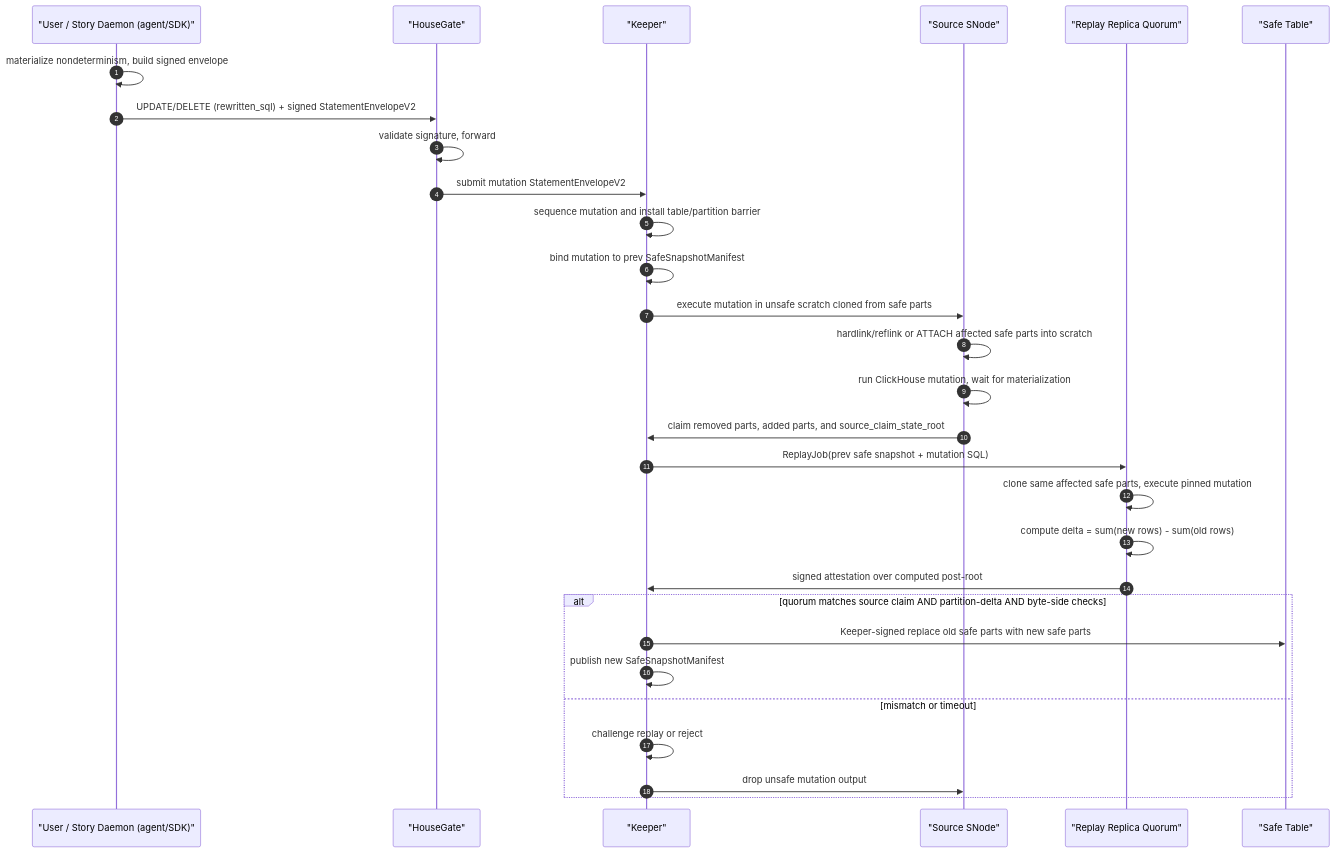
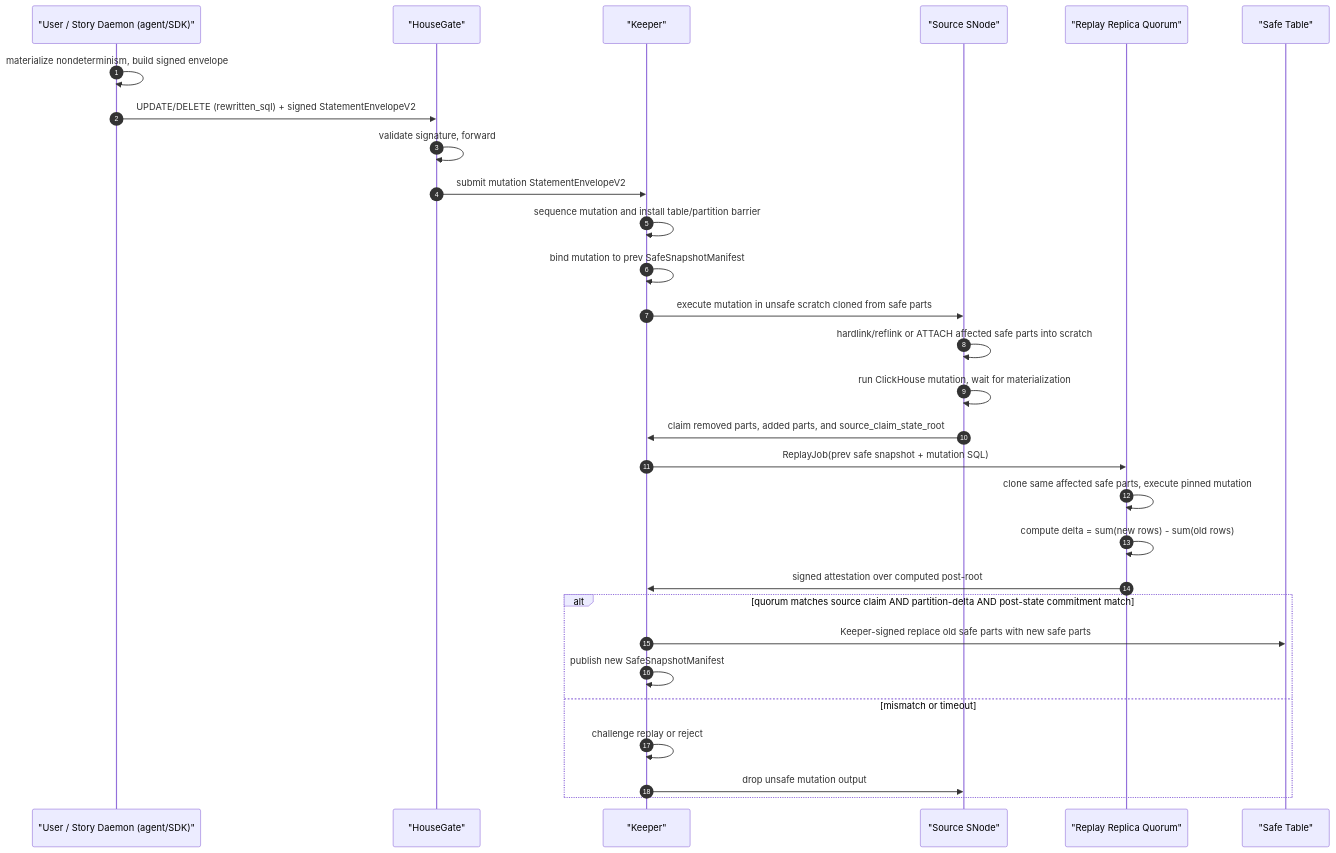
Before and after one commit to housegate/housegate: the second of 3 diagrams in docs/superpowers/specs/2026-06-22-storage-integrity-design.md, drawn with Mermaid. The commit also changed other lines of this file and 1 other file, not shown here.

````diff
--- a/docs/superpowers/specs/2026-06-22-storage-integrity-design.md
+++ b/docs/superpowers/specs/2026-06-22-storage-integrity-design.md
@@ -489,32 +491,32 @@
 ```mermaid
 sequenceDiagram
     autonumber
     participant U as "User / Story Daemon (agent/SDK)"
     participant HG as "HouseGate"
     participant K as "Keeper"
     participant S as "Source SNode"
     participant R as "Replay Replica Quorum"
     participant Safe as "Safe Table"
 
     U->>U: materialize nondeterminism, build signed envelope
     U->>HG: UPDATE/DELETE (rewritten_sql) + signed StatementEnvelopeV2
     HG->>HG: validate signature, forward
     HG->>K: submit mutation StatementEnvelopeV2
     K->>K: sequence mutation and install table/partition barrier
     K->>K: bind mutation to prev SafeSnapshotManifest
     K->>S: execute mutation in unsafe scratch cloned from safe parts
     S->>S: hardlink/reflink or ATTACH affected safe parts into scratch
     S->>S: run ClickHouse mutation, wait for materialization
     S->>K: claim removed parts, added parts, and source_claim_state_root
     K->>R: ReplayJob(prev safe snapshot + mutation SQL)
     R->>R: clone same affected safe parts, execute pinned mutation
     R->>R: compute delta = sum(new rows) - sum(old rows)
     R->>K: signed attestation over computed post-root
-    alt quorum matches source claim AND partition-delta AND byte-side checks
+    alt quorum matches source claim AND partition-delta AND post-state commitment match
         K->>Safe: Keeper-signed replace old safe parts with new safe parts
         K->>K: publish new SafeSnapshotManifest
     else mismatch or timeout
         K->>K: challenge replay or reject
         K->>S: drop unsafe mutation output
     end
 ```
````
